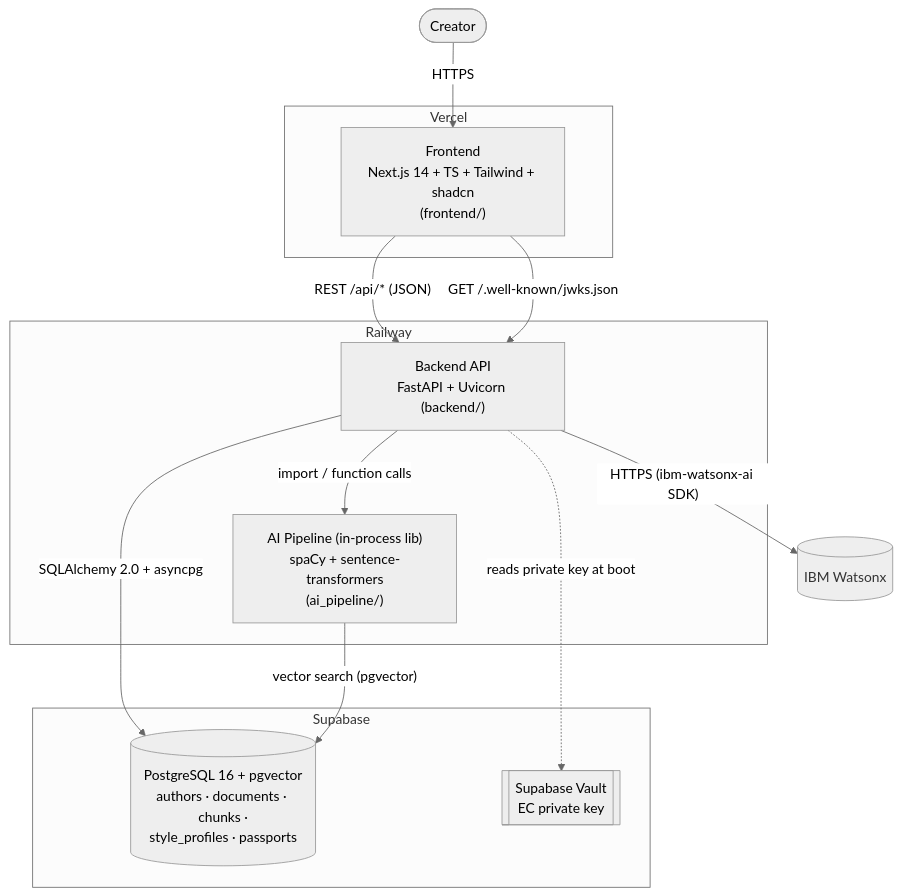
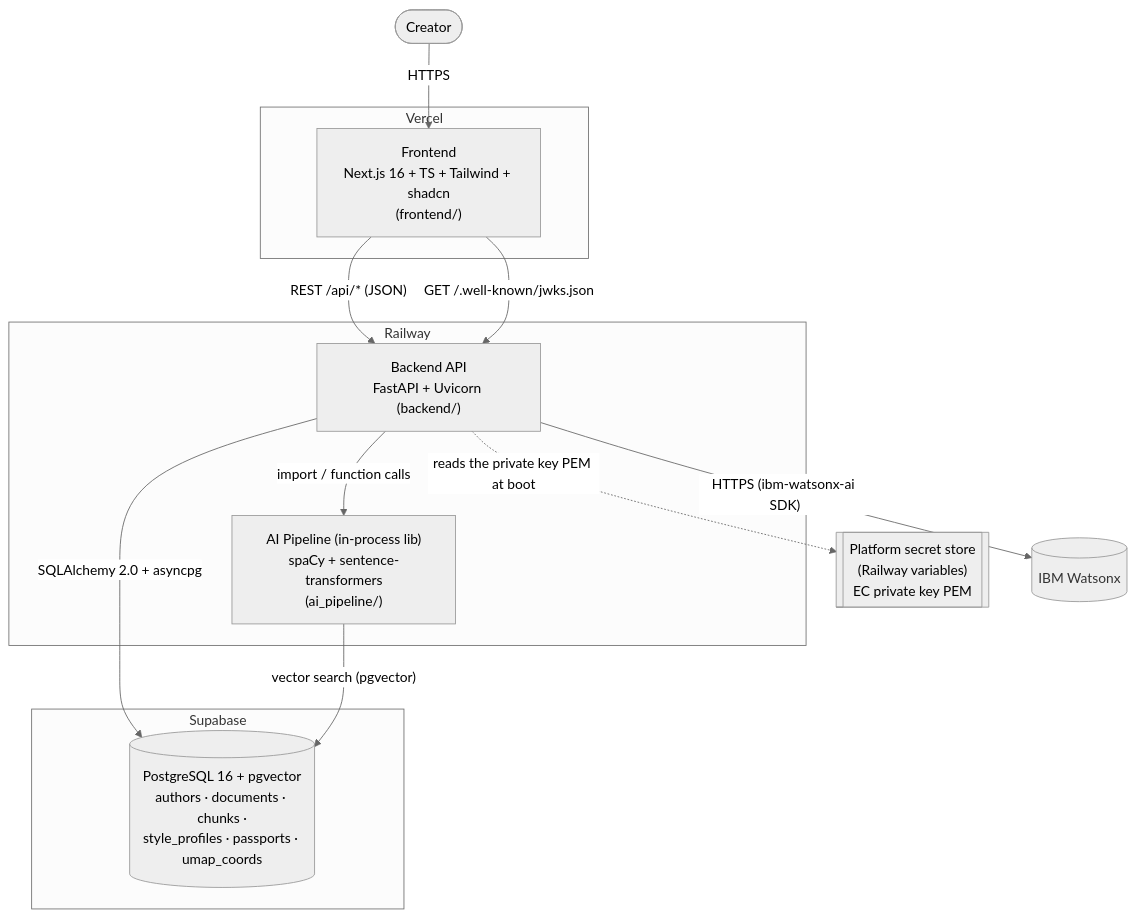
Before and after one commit to sergi-torres/AuthorAI: the second of 8 diagrams in docs/architecture.md, drawn with Mermaid (neutral theme). The commit also changed other lines of this file and 6 other files, not shown here.

````diff
--- a/docs/architecture.md
+++ b/docs/architecture.md
@@ -72,32 +72,33 @@
 ```mermaid
 graph TB
     user([Creator])
 
     subgraph vercel [Vercel]
-        fe["Frontend<br/>Next.js 14 + TS + Tailwind + shadcn<br/>(frontend/)"]
+        fe["Frontend<br/>Next.js 16 + TS + Tailwind + shadcn<br/>(frontend/)"]
     end
 
     subgraph railway [Railway]
         be["Backend API<br/>FastAPI + Uvicorn (backend/)"]
         pipe["AI Pipeline (in-process lib)<br/>spaCy + sentence-transformers<br/>(ai_pipeline/)"]
     end
 
     subgraph supabase [Supabase]
-        db[("PostgreSQL 16 + pgvector<br/>authors · documents · chunks ·<br/>style_profiles · passports")]
-        vault[["Supabase Vault<br/>EC private key"]]
+        db[("PostgreSQL 16 + pgvector<br/>authors · documents · chunks ·<br/>style_profiles · passports · umap_coords")]
     end
+
+    secrets[["Platform secret store<br/>(Railway variables)<br/>EC private key PEM"]]
 
     watsonx[("IBM Watsonx")]
 
     user -->|HTTPS| fe
     fe -->|"REST /api/* (JSON)"| be
     fe -->|"GET /.well-known/jwks.json"| be
     be -->|"import / function calls"| pipe
     be -->|"SQLAlchemy 2.0 + asyncpg"| db
     pipe -->|"vector search (pgvector)"| db
     be -->|"HTTPS (ibm-watsonx-ai SDK)"| watsonx
-    be -.->|"reads private key at boot"| vault
+    be -.->|"reads the private key PEM at boot"| secrets
 
     classDef ext fill:#eee,stroke:#999,color:#333;
     class watsonx ext;
 ```
````
